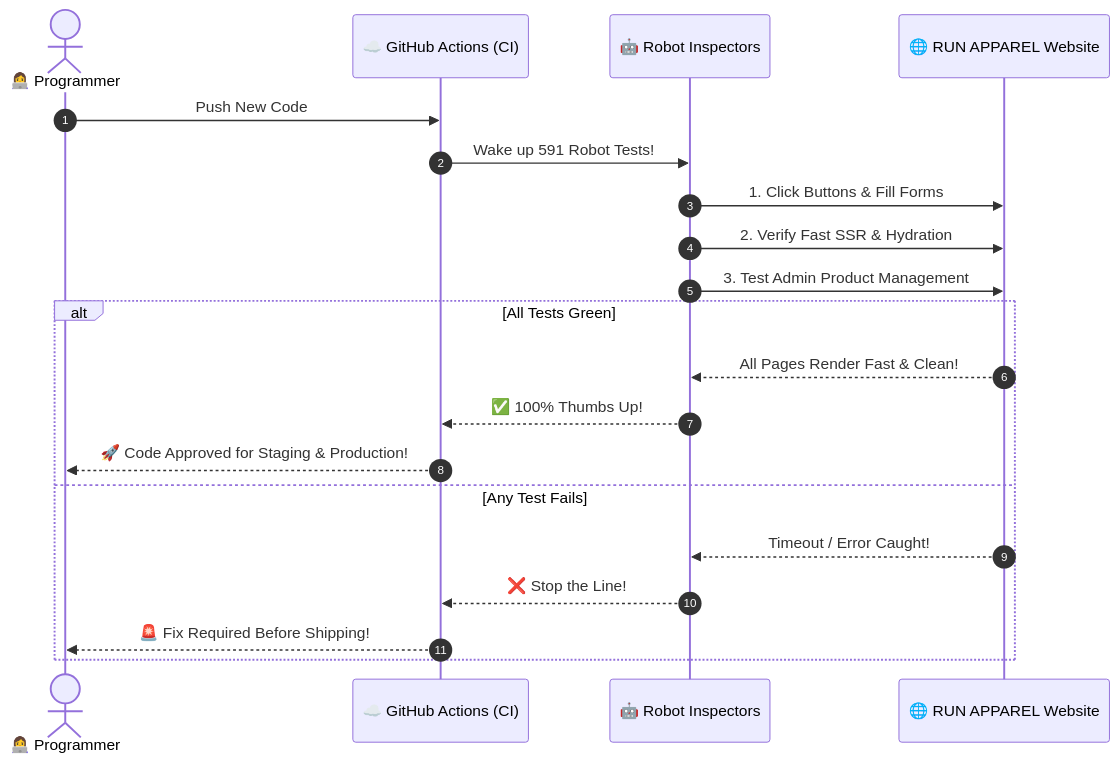
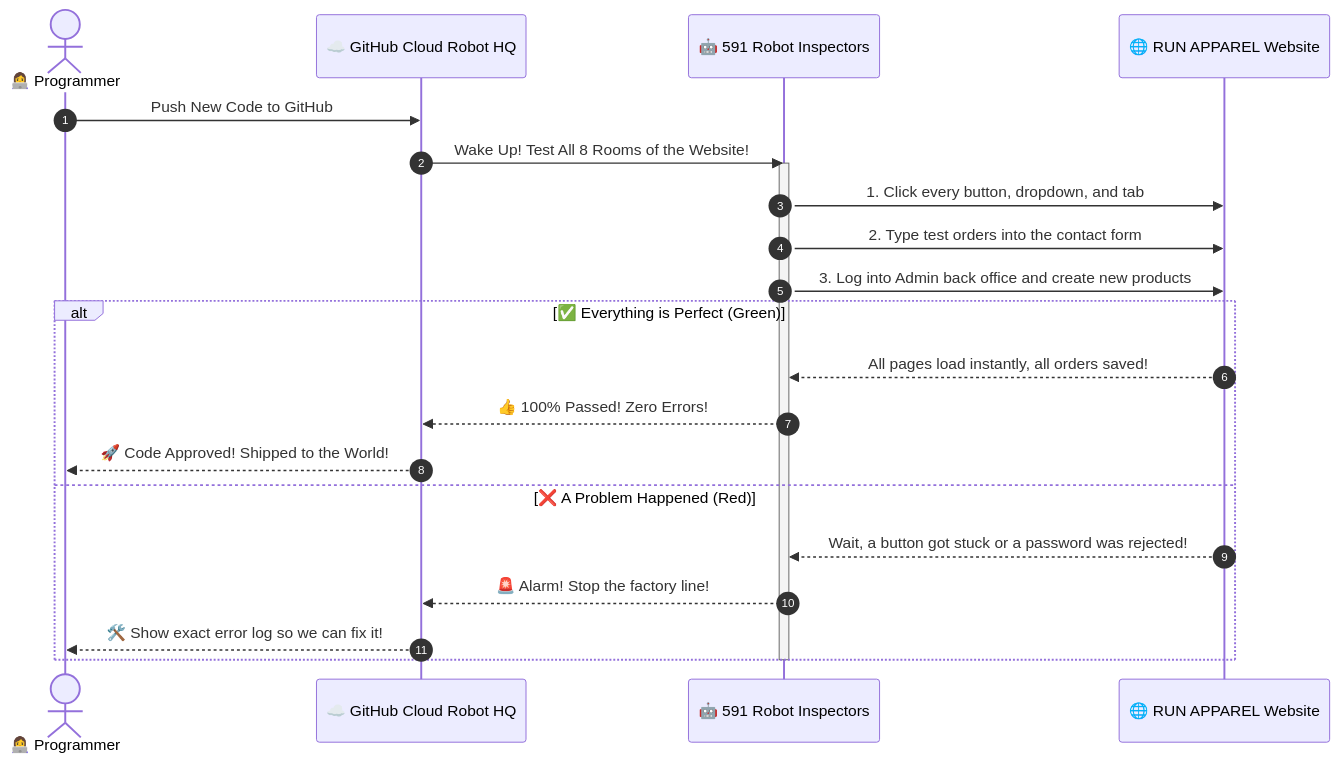
The second of 7 diagrams in docs/reports/E2E_FORENSIC_EXPLAINED_FOR_5TH_GRADERS.md (hateem2121/RUN), drawn with Mermaid before and after one commit. The commit also changed other lines of this file, not shown here.

Commit message:
docs: refine 5th-grader illustrated forensic report with 5 diagrams and full scorecard

````diff
--- a/docs/reports/E2E_FORENSIC_EXPLAINED_FOR_5TH_GRADERS.md
+++ b/docs/reports/E2E_FORENSIC_EXPLAINED_FOR_5TH_GRADERS.md
@@ -67,24 +74,27 @@
 ```mermaid
 sequenceDiagram
     autonumber
     actor Dev as 👩‍💻 Programmer
-    participant CI as ☁️ GitHub Actions (CI)
-    participant Bots as 🤖 Robot Inspectors
-    participant Site as 🌐 RUN APPAREL Website
+    participant CI as ☁️ GitHub Cloud Robot HQ
+    participant Bots as 🤖 591 Robot Inspectors
+    participant Web as 🌐 RUN APPAREL Website
 
-    Dev->>CI: Push New Code
-    CI->>Bots: Wake up 591 Robot Tests!
-    Bots->>Site: 1. Click Buttons & Fill Forms
-    Bots->>Site: 2. Verify Fast SSR & Hydration
-    Bots->>Site: 3. Test Admin Product Management
+    Dev->>CI: Push New Code to GitHub
+    CI->>Bots: Wake Up! Test All 8 Rooms of the Website!
     
-    alt All Tests Green
-        Site-->>Bots: All Pages Render Fast & Clean!
-        Bots-->>CI: ✅ 100% Thumbs Up!
-        CI-->>Dev: 🚀 Code Approved for Staging & Production!
-    else Any Test Fails
-        Site-->>Bots: Timeout / Error Caught!
-        Bots-->>CI: ❌ Stop the Line!
-        CI-->>Dev: 🚨 Fix Required Before Shipping!
+    activate Bots
+    Bots->>Web: 1. Click every button, dropdown, and tab
+    Bots->>Web: 2. Type test orders into the contact form
+    Bots->>Web: 3. Log into Admin back office and create new products
+    
+    alt ✅ Everything is Perfect (Green)
+        Web-->>Bots: All pages load instantly, all orders saved!
+        Bots-->>CI: 👍 100% Passed! Zero Errors!
+        CI-->>Dev: 🚀 Code Approved! Shipped to the World!
+    else ❌ A Problem Happened (Red)
+        Web-->>Bots: Wait, a button got stuck or a password was rejected!
+        Bots-->>CI: 🚨 Alarm! Stop the factory line!
+        CI-->>Dev: 🛠️ Show exact error log so we can fix it!
     end
+    deactivate Bots
 ```
````
